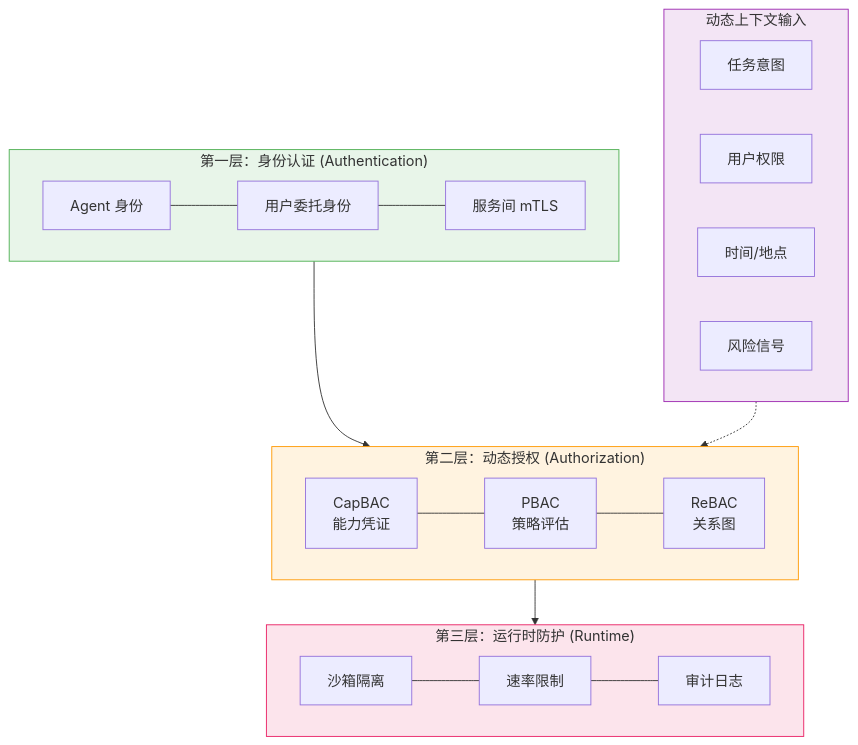
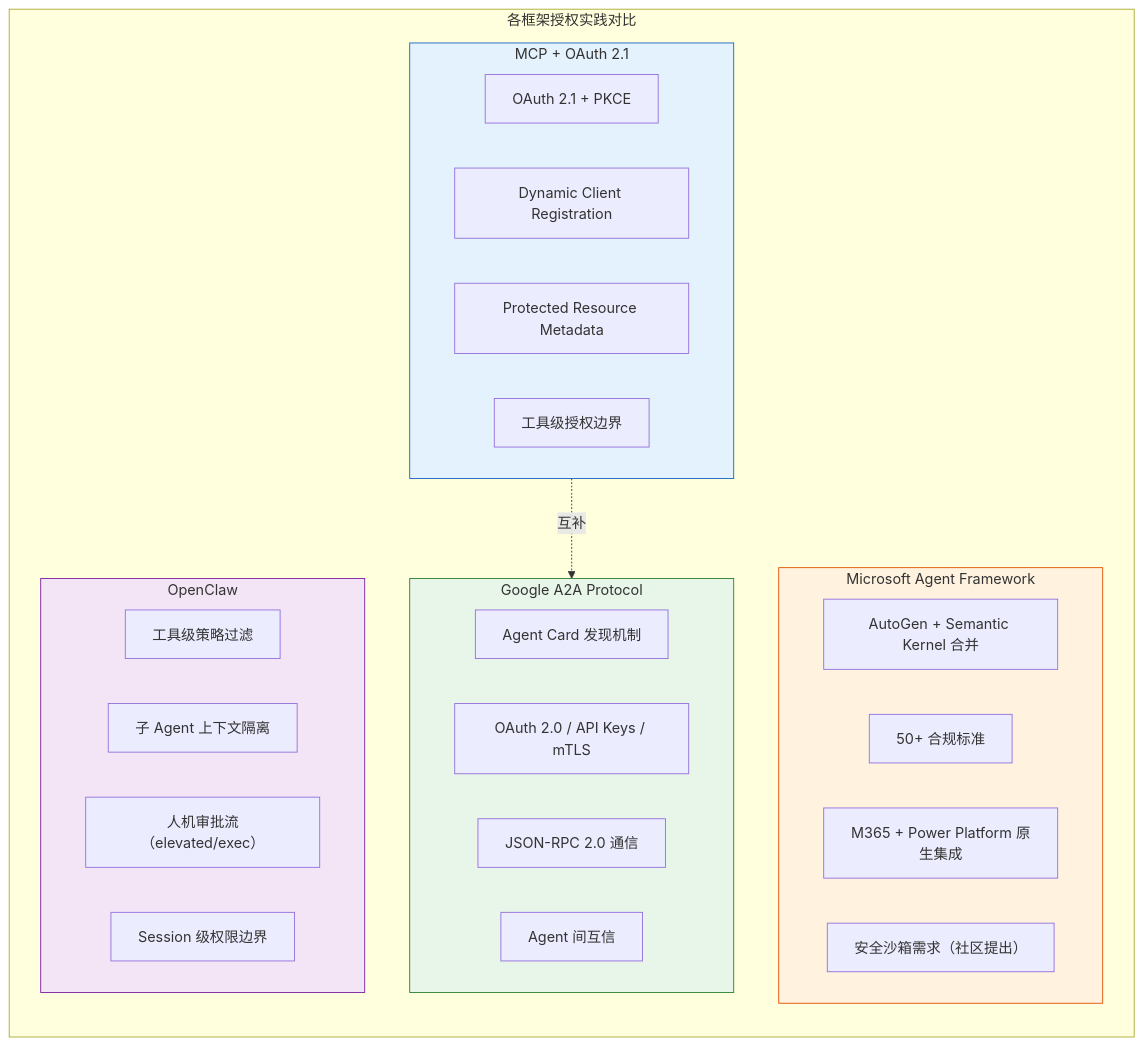
One commit to wqwz111/Tech-Researcher changed the second of 2 diagrams in reports/agent-tool-permissions.md. Above: the diagram before and after it, drawn with Mermaid. The commit also changed other lines of this file and 4 other files, not shown here.

````diff
--- a/reports/agent-tool-permissions.md
+++ b/reports/agent-tool-permissions.md
@@ -102,36 +157,41 @@
 ```mermaid
-flowchart TB
-    subgraph Layer1["第一层：身份认证 (Authentication)"]
-        direction LR
-        A1["Agent 身份"] --- A2["用户委托身份"]
-        A2 --- A3["服务间 mTLS"]
+graph LR
+    subgraph "各框架授权实践对比"
+        direction TB
+
+        subgraph MCP["MCP + OAuth 2.1"]
+            M1["OAuth 2.1 + PKCE"]
+            M2["Dynamic Client Registration"]
+            M3["Protected Resource Metadata"]
+            M4["工具级授权边界"]
+        end
+
+        subgraph A2A["Google A2A Protocol"]
+            A1["Agent Card 发现机制"]
+            A2["OAuth 2.0 / API Keys / mTLS"]
+            A3["JSON-RPC 2.0 通信"]
+            A4["Agent 间互信"]
+        end
+
+        subgraph MS["Microsoft Agent Framework"]
+            MS1["AutoGen + Semantic Kernel 合并"]
+            MS2["50+ 合规标准"]
+            MS3["M365 + Power Platform 原生集成"]
+            MS4["安全沙箱需求（社区提出）"]
+        end
+
+        subgraph OC["OpenClaw"]
+            O1["工具级策略过滤"]
+            O2["子 Agent 上下文隔离"]
+            O3["人机审批流（elevated/exec）"]
+            O4["Session 级权限边界"]
+        end
+
+        MCP -.->|"互补"| A2A
     end
 
-    subgraph Layer2["第二层：动态授权 (Authorization)"]
-        direction LR
-        B1["CapBAC\n能力凭证"] --- B2["PBAC\n策略评估"]
-        B2 --- B3["ReBAC\n关系图"]
-    end
-
-    subgraph Layer3["第三层：运行时防护 (Runtime)"]
-        direction LR
-        C1["沙箱隔离"] --- C2["速率限制"]
-        C2 --- C3["审计日志"]
-    end
-
-    Layer1 --> Layer2 --> Layer3
-
-    subgraph Context["动态上下文输入"]
-        D1["任务意图"]
-        D2["用户权限"]
-        D3["时间/地点"]
-        D4["风险信号"]
-    end
-
-    Context -.-> Layer2
-
-    style Layer1 fill:#e8f5e9,stroke:#4caf50
-    style Layer2 fill:#fff3e0,stroke:#ff9800
-    style Layer3 fill:#fce4ec,stroke:#e91e63
-    style Context fill:#f3e5f5,stroke:#9c27b0
+    style MCP fill:#e3f2fd,stroke:#1565c0
+    style A2A fill:#e8f5e9,stroke:#2e7d32
+    style MS fill:#fff3e0,stroke:#e65100
+    style OC fill:#f3e5f5,stroke:#7b1fa2
 ```
````
